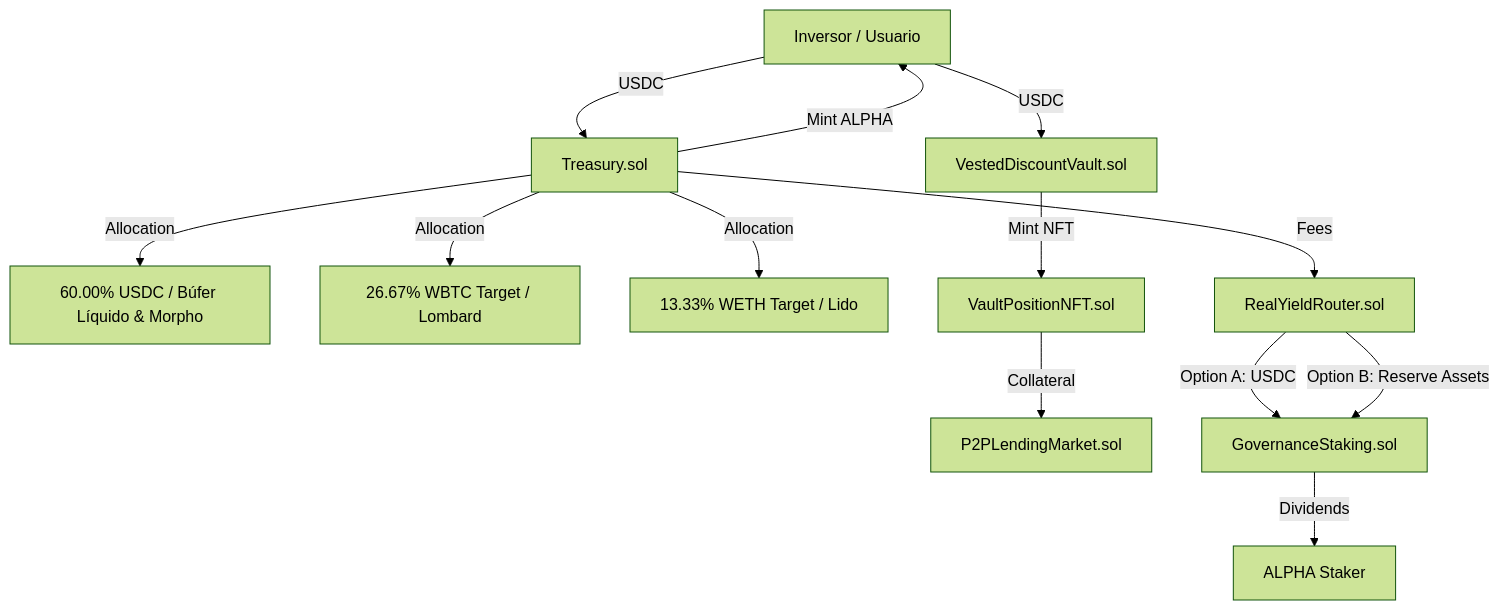
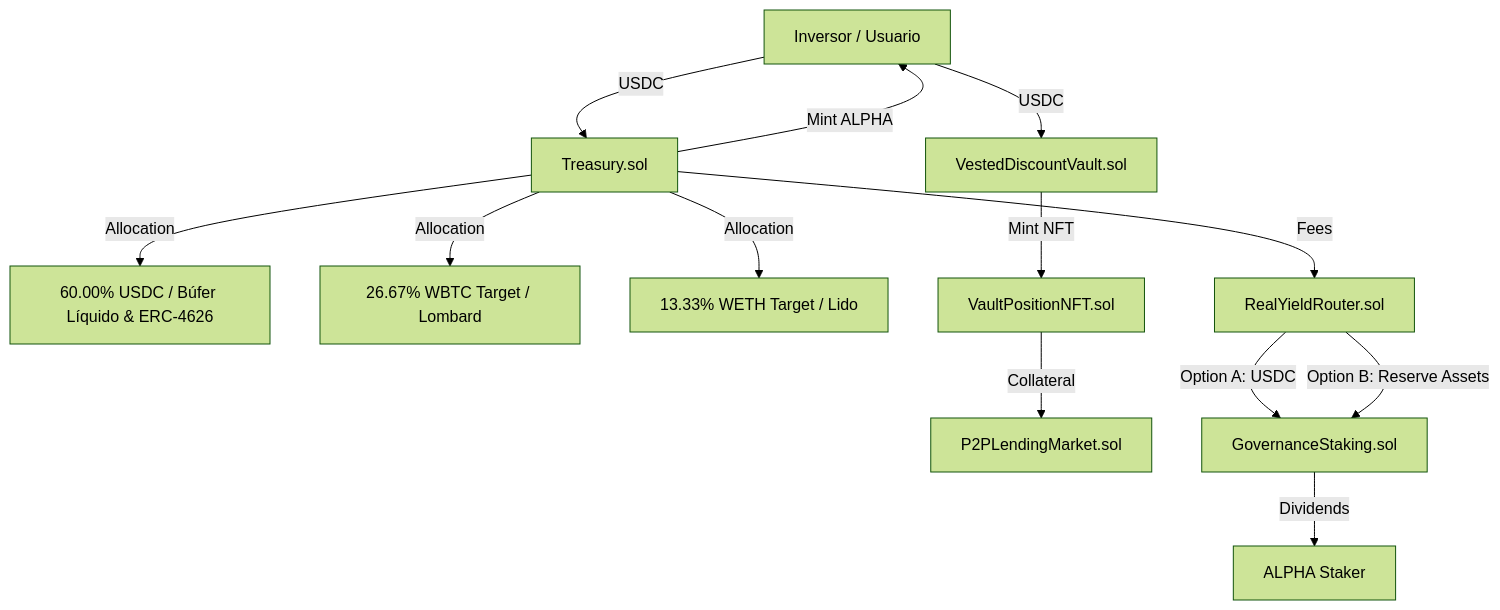
One commit to JaviMartin92/token changed the diagram in docs/WHITE_PAPER.md. Above: the diagram before and after it, drawn with Mermaid (forest theme). The commit also changed other lines of this file and 182 other files, not shown here.

Commit message:
feat: complete Pure DeFi architecture, smart contract roles, PoR solvency precision, and 100% E2E test suite

````diff
--- a/docs/WHITE_PAPER.md
+++ b/docs/WHITE_PAPER.md
@@ -16,17 +16,17 @@
 ```mermaid
 graph TD
     User[Inversor / Usuario] -->|USDC| Treasury[Treasury.sol]
     Treasury -->|Mint ALPHA| User
-    Treasury -->|Allocation| Stables[60.00% USDC / Búfer Líquido & Morpho]
+    Treasury -->|Allocation| Stables[60.00% USDC / Búfer Líquido & ERC-4626]
     Treasury -->|Allocation| WBTC[26.67% WBTC Target / Lombard]
     Treasury -->|Allocation| WETH[13.33% WETH Target / Lido]
     
     User -->|USDC| VestedVault[VestedDiscountVault.sol]
     VestedVault -->|Mint NFT| NFT[VaultPositionNFT.sol]
     NFT -->|Collateral| P2P[P2PLendingMarket.sol]
     
     Treasury -->|Fees| YieldRouter[RealYieldRouter.sol]
     YieldRouter -->|Option A: USDC| GovStaking[GovernanceStaking.sol]
     YieldRouter -->|Option B: Reserve Assets| GovStaking
     GovStaking -->|Dividends| Staker[ALPHA Staker]
 ```
````
